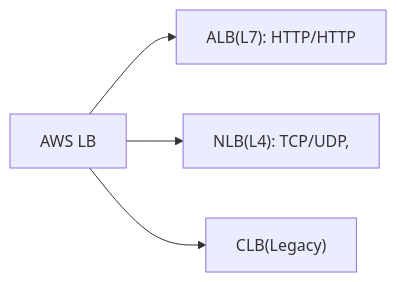
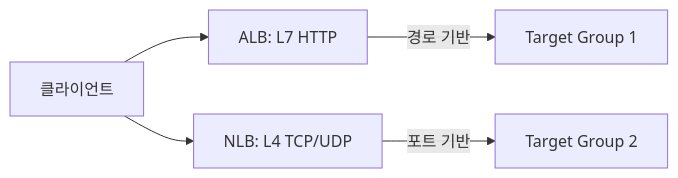
Before and after one commit to yjkim2015/yjkim2015.github.io: the sixth of 10 diagrams in _posts/network/2026-05-01-load-balancer.md, drawn with Mermaid. The commit also changed other lines of this file and 4 other files, not shown here.

````diff
--- a/_posts/network/2026-05-01-load-balancer.md
+++ b/_posts/network/2026-05-01-load-balancer.md
@@ -496,6 +1165,7 @@
 ```mermaid
 graph LR
-    AWS["AWS LB"] --> ALB["ALB(L7): HTTP/HTTP"]
-    AWS --> NLB["NLB(L4): TCP/UDP,"]
-    AWS --> CLB["CLB(Legacy)"]
+    C["클라이언트"] --> ALB["ALB: L7 HTTP"]
+    C --> NLB["NLB: L4 TCP/UDP"]
+    ALB -->|"경로 기반"| TG1["Target Group 1"]
+    NLB -->|"포트 기반"| TG2["Target Group 2"]
 ```
````
